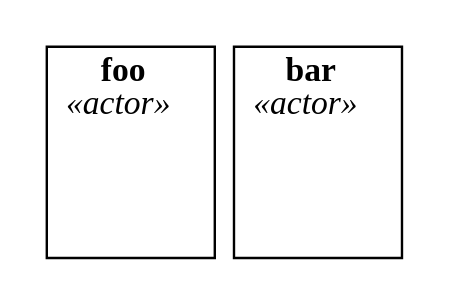
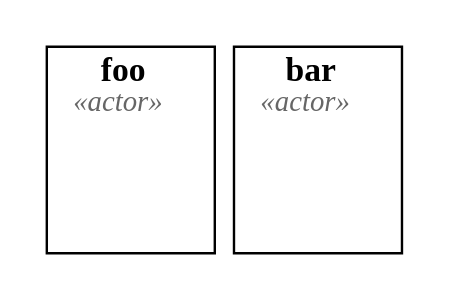
The diagram in src/exporter/two-actors.dot (ryepup/c4-lab), drawn with Graphviz before and after one commit. The commit also changed 3 other files, not shown here.

```diff
--- a/src/exporter/two-actors.dot
+++ b/src/exporter/two-actors.dot
@@ -1,11 +1,11 @@
 digraph g {
   compound=true
   subgraph cluster0 {
-    label=<<B>foo</B><BR/><I>&#171;actor&#187;</I>>
+    label=<<B>foo</B><BR/><FONT POINT-SIZE="12" COLOR="#666666"><I>&#171;actor&#187;</I></FONT>>
     g0 [shape=plaintext label=""]
   }
   subgraph cluster1 {
-    label=<<B>bar</B><BR/><I>&#171;actor&#187;</I>>
+    label=<<B>bar</B><BR/><FONT POINT-SIZE="12" COLOR="#666666"><I>&#171;actor&#187;</I></FONT>>
     g1 [shape=plaintext label=""]
   }
 }
```
